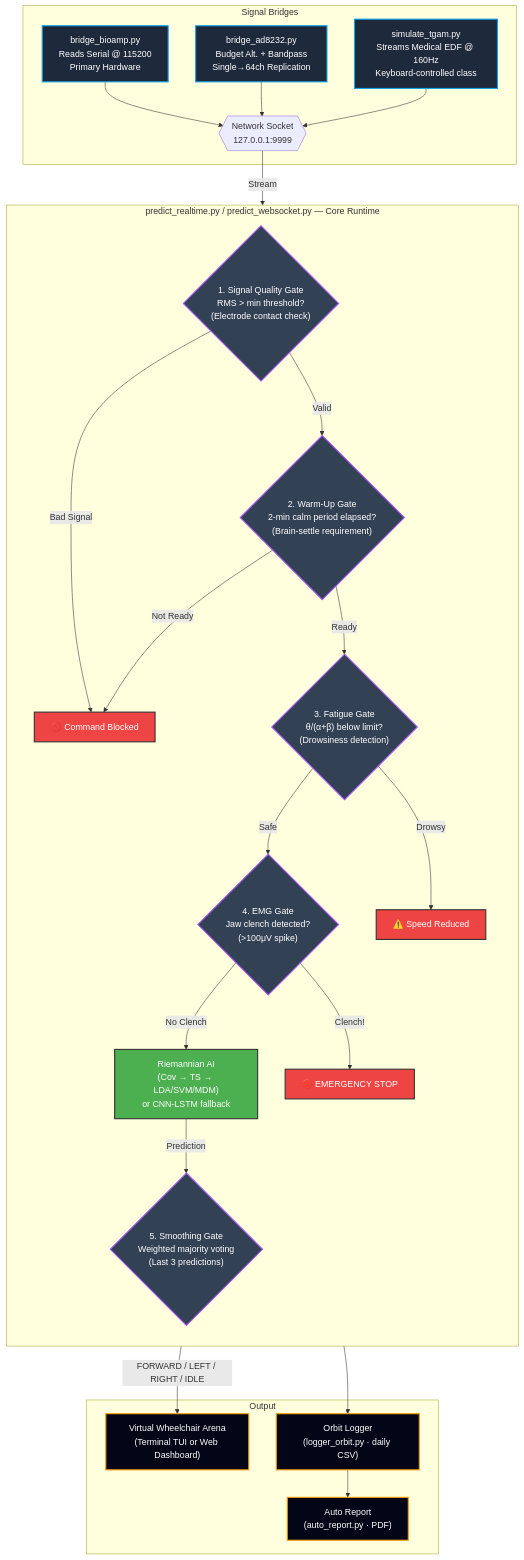
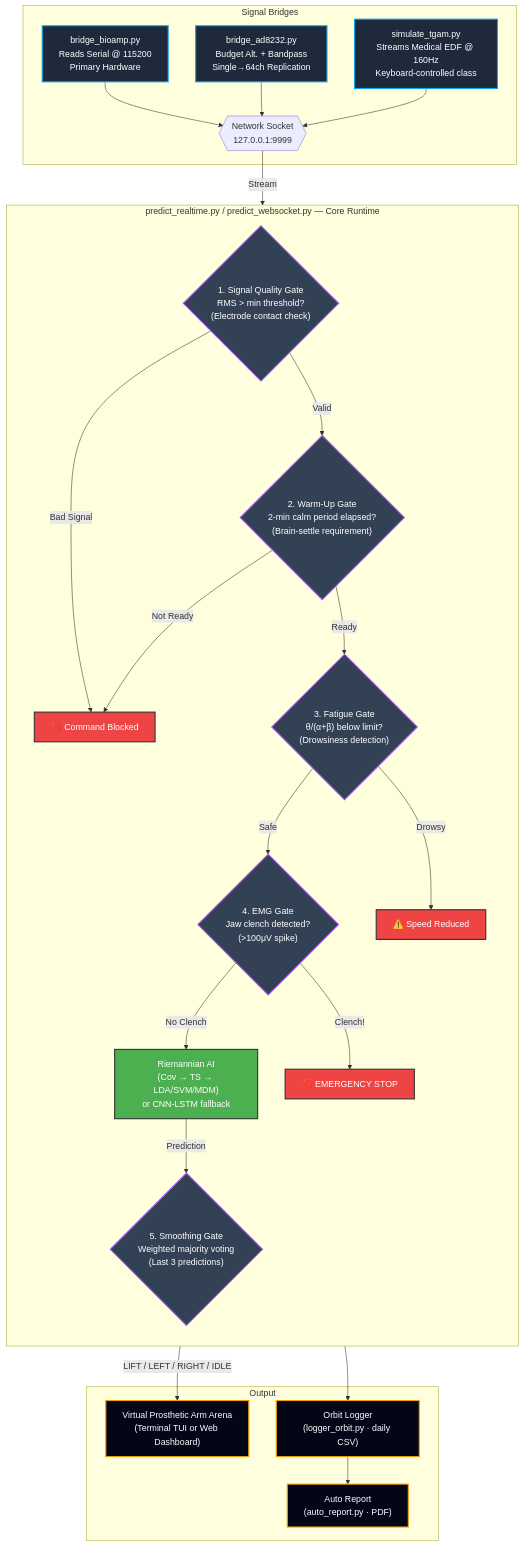
The sixth of 8 diagrams in ARCHITECTURE.md (NAVEENKCG/Mind_Wave_AImodel), drawn with Mermaid before and after one commit. The commit also changed other lines of this file and 6 other files, not shown here.

Commit message:
feat: upgrade to 4-class motor imagery pipeline (IDLE, LEFT, RIGHT, FORWARD)

````diff
--- a/ARCHITECTURE.md
+++ b/ARCHITECTURE.md
@@ -253,50 +253,50 @@
 ```mermaid
 flowchart TD
     classDef bridge fill:#1e293b,stroke:#0ea5e9,stroke-width:2px,color:#fff
     classDef gate fill:#334155,stroke:#a855f7,stroke-width:2px,color:#fff
     classDef safe fill:#4caf50,stroke:#333,stroke-width:2px,color:#fff
     classDef danger fill:#ef4444,stroke:#333,stroke-width:2px,color:#fff
     classDef output fill:#020617,stroke:#f59e0b,stroke-width:2px,color:#fff
 
     subgraph BRIDGES["Signal Bridges"]
         B1["bridge_bioamp.py<br/>Reads Serial @ 115200<br/>Primary Hardware"]:::bridge
         B2["bridge_ad8232.py<br/>Budget Alt. + Bandpass<br/>Single→64ch Replication"]:::bridge
         B3["simulate_tgam.py<br/>Streams Medical EDF @ 160Hz<br/>Keyboard-controlled class"]:::bridge
         SOCK{{"Network Socket<br/>127.0.0.1:9999"}}
 
         B1 --> SOCK
         B2 --> SOCK
         B3 --> SOCK
     end
 
     subgraph ENGINE["predict_realtime.py / predict_websocket.py — Core Runtime"]
         direction TB
         G1{"1. Signal Quality Gate<br/>RMS > min threshold?<br/>(Electrode contact check)"}:::gate
         G2{"2. Warm-Up Gate<br/>2-min calm period elapsed?<br/>(Brain-settle requirement)"}:::gate
         G3{"3. Fatigue Gate<br/>θ/(α+β) below limit?<br/>(Drowsiness detection)"}:::gate
         G4{"4. EMG Gate<br/>Jaw clench detected?<br/>(>100μV spike)"}:::gate
         G5{"5. Smoothing Gate<br/>Weighted majority voting<br/>(Last 3 predictions)"}:::gate
         AI["Riemannian AI<br/>(Cov → TS → LDA/SVM/MDM)<br/>or CNN-LSTM fallback"]:::safe
 
         G1 -->|Valid| G2
         G1 -->|"Bad Signal"| BLOCK["🚫 Command Blocked"]:::danger
         G2 -->|Ready| G3
         G2 -->|"Not Ready"| BLOCK
         G3 -->|Safe| G4
         G3 -->|"Drowsy"| SLOW["⚠️ Speed Reduced"]:::danger
         G4 -->|"No Clench"| AI
         G4 -->|"Clench!"| ESTOP["🛑 EMERGENCY STOP"]:::danger
         AI -->|Prediction| G5
     end
 
     subgraph OUTPUT["Output"]
-        ARENA["Virtual Wheelchair Arena<br/>(Terminal TUI or Web Dashboard)"]:::output
+        ARENA["Virtual Prosthetic Arm Arena<br/>(Terminal TUI or Web Dashboard)"]:::output
         ORBIT_LOG["Orbit Logger<br/>(logger_orbit.py · daily CSV)"]:::output
         REPORT["Auto Report<br/>(auto_report.py · PDF)"]:::output
     end
 
     SOCK -->|"Stream"| G1
-    G5 -->|"FORWARD / LEFT / RIGHT / IDLE"| ARENA
+    G5 -->|"LIFT / LEFT / RIGHT / IDLE"| ARENA
     G5 --> ORBIT_LOG
     ORBIT_LOG --> REPORT
 ```
````
